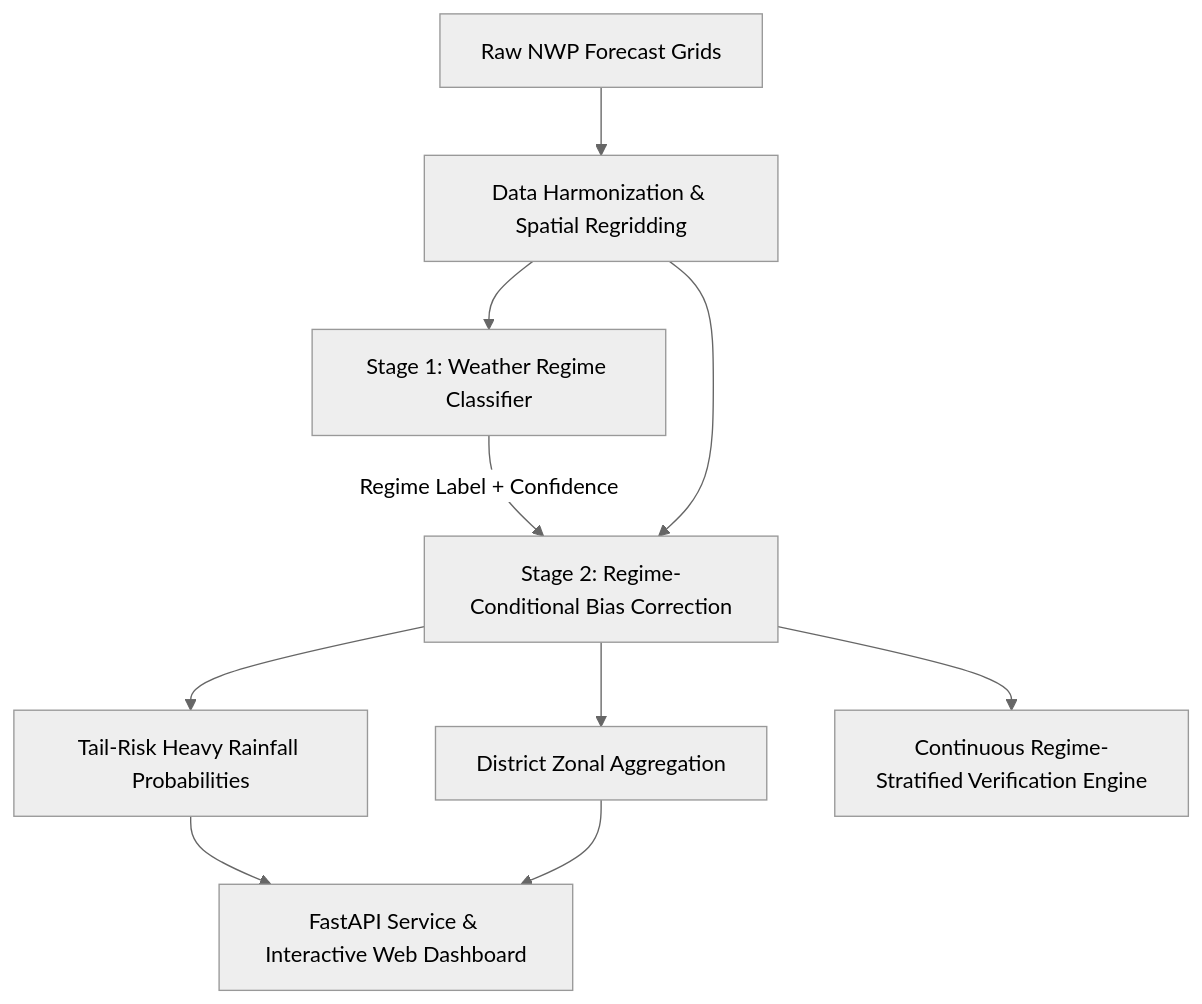
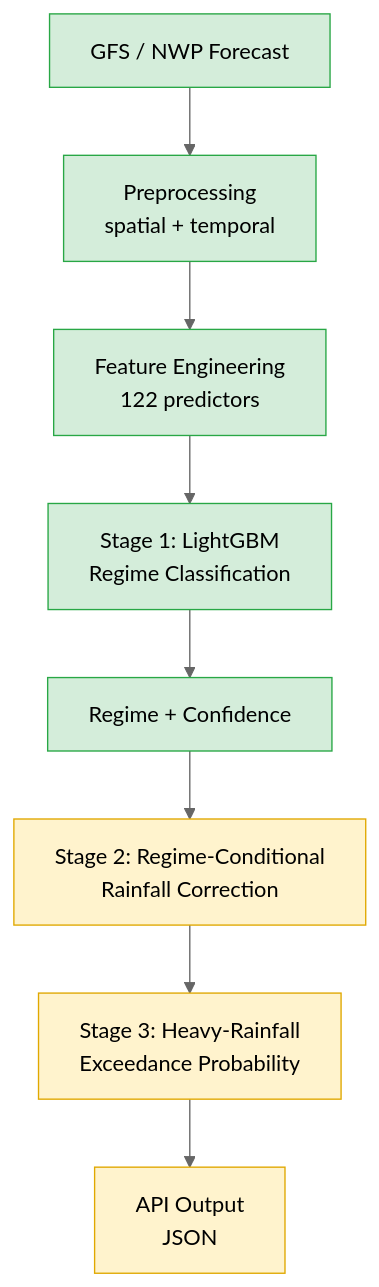
Before and after one commit to biswajitbiswal-in/RituGyan: the diagram in README.md, drawn with Mermaid (neutral theme). The commit also changed other lines of this file, not shown here.

````diff
--- a/README.md
+++ b/README.md
@@ -29,12 +39,14 @@
 ```mermaid
 flowchart TD
-    A[Raw NWP Forecast Grids] --> B[Data Harmonization & Spatial Regridding]
-    B --> C[Stage 1: Weather Regime Classifier]
-    C -->|Regime Label + Confidence| D[Stage 2: Regime-Conditional Bias Correction]
-    B --> D
-    D --> E[Tail-Risk Heavy Rainfall Probabilities]
-    D --> F[District Zonal Aggregation]
-    E --> G[FastAPI Service & Interactive Web Dashboard]
-    F --> G
-    D --> H[Continuous Regime-Stratified Verification Engine]
+    A[GFS / NWP Forecast] --> B[Preprocessing<br/>spatial + temporal]
+    B --> C[Feature Engineering<br/>122 predictors]
+    C --> D[Stage 1: LightGBM<br/>Regime Classification]
+    D --> E[Regime + Confidence]
+    E --> F[Stage 2: Regime-Conditional<br/>Rainfall Correction]
+    F --> G[Stage 3: Heavy-Rainfall<br/>Exceedance Probability]
+    G --> H[API Output<br/>JSON]
+    classDef done fill:#d4edda,stroke:#28a745,color:#000;
+    classDef todo fill:#fff3cd,stroke:#e0a800,color:#000;
+    class A,B,C,D,E done;
+    class F,G,H todo;
 ```
````
